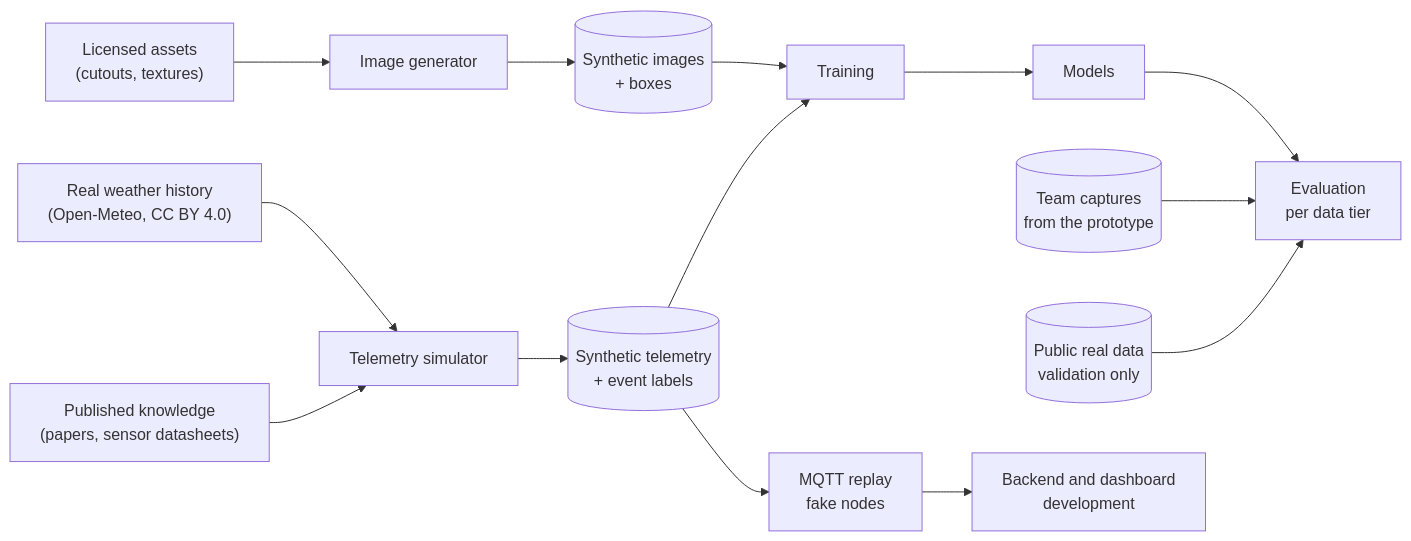
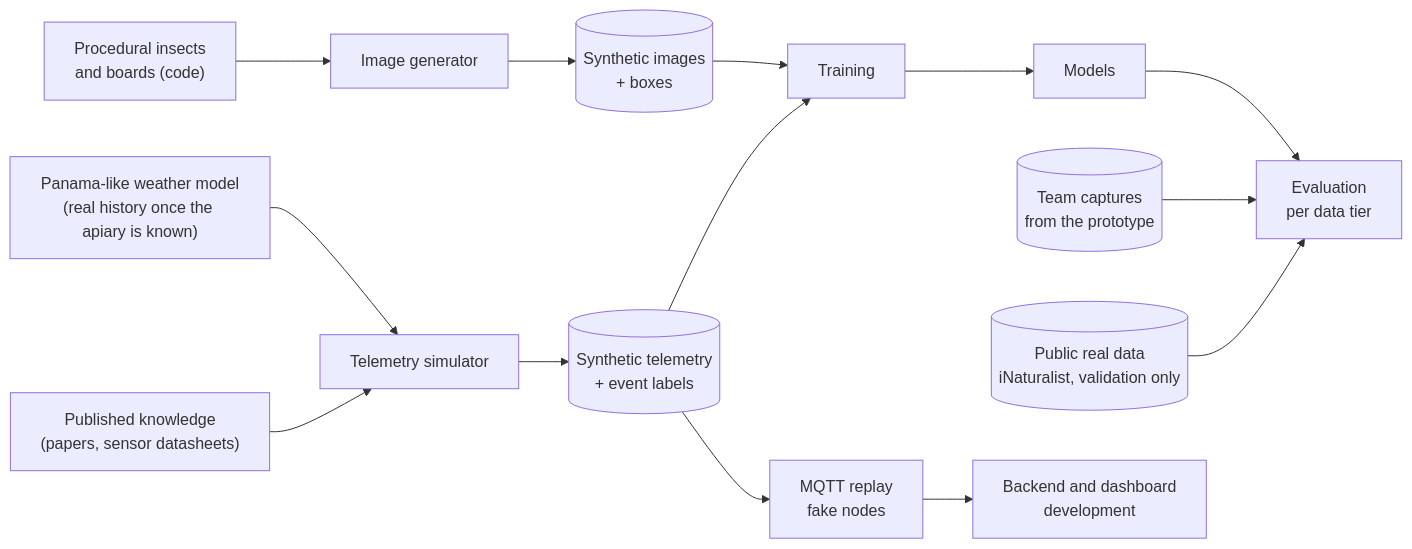
The diagram in docs/04-data/README.md (endlessconflict/SmartHive), drawn with Mermaid before and after one commit. The commit also changed other lines of this file and 21 other files, not shown here.

````diff
--- a/docs/04-data/README.md
+++ b/docs/04-data/README.md
@@ -13,15 +13,15 @@
 ```mermaid
 flowchart LR
     K["Published knowledge<br/>(papers, sensor datasheets)"] --> SIM
-    W["Real weather history<br/>(Open-Meteo, CC BY 4.0)"] --> SIM
-    A["Licensed assets<br/>(cutouts, textures)"] --> IMG
+    W["Panama-like weather model<br/>(real history once the apiary is known)"] --> SIM
+    A["Procedural insects<br/>and boards (code)"] --> IMG
     SIM["Telemetry simulator"] --> TS[("Synthetic telemetry<br/>+ event labels")]
     IMG["Image generator"] --> IM[("Synthetic images<br/>+ boxes")]
     TS --> TR["Training"]
     IM --> TR
     TR --> M["Models"]
-    PUB[("Public real data<br/>validation only")] --> EV["Evaluation<br/>per data tier"]
+    PUB[("Public real data<br/>iNaturalist, validation only")] --> EV["Evaluation<br/>per data tier"]
     OWN[("Team captures<br/>from the prototype")] --> EV
     M --> EV
     TS --> REPLAY["MQTT replay<br/>fake nodes"] --> BE["Backend and dashboard<br/>development"]
 ```
````
